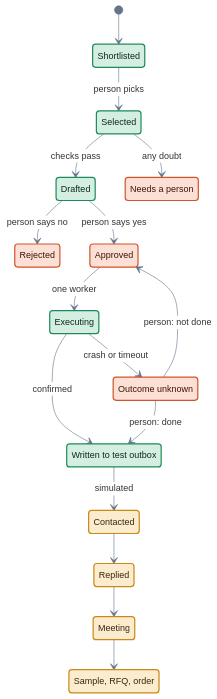
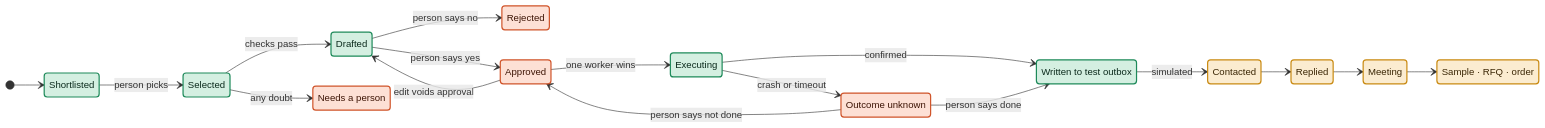
The third of 4 diagrams in README.md (DityaSen29/tradescout), drawn with Mermaid before and after one commit. The commit also changed other lines of this file, not shown here.

First line of the commit message:
Restructure README and redraw architecture diagrams

````diff
--- a/README.md
+++ b/README.md
@@ -415,39 +236,39 @@
 ```mermaid
-%%{init: {"theme":"base","themeVariables":{"fontSize":"15px","lineColor":"#64748b","edgeLabelBackground":"#ffffff"}}}%%
 stateDiagram-v2
-  direction TB
+  direction LR
   state "Shortlisted" as shortlisted
   state "Selected" as selected
   state "Drafted" as drafted
   state "Rejected" as rejected
-  state "Executing" as executing
-  state "Replied" as replied
   state "Needs a person" as review
   state "Approved" as approved
+  state "Executing" as executing
   state "Outcome unknown" as unknown
   state "Written to test outbox" as done
   state "Contacted" as contacted
+  state "Replied" as replied
   state "Meeting" as meeting
-  state "Sample, RFQ, order" as order
+  state "Sample · RFQ · order" as order
   [*] --> shortlisted
   shortlisted --> selected: person picks
   selected --> drafted: checks pass
   selected --> review: any doubt
   drafted --> rejected: person says no
   drafted --> approved: person says yes
-  approved --> executing: one worker
+  approved --> drafted: edit voids approval
+  approved --> executing: one worker wins
   executing --> done: confirmed
   executing --> unknown: crash or timeout
-  unknown --> approved: person: not done
-  unknown --> done: person: done
+  unknown --> approved: person says not done
+  unknown --> done: person says done
   done --> contacted: simulated
   contacted --> replied
   replied --> meeting
   meeting --> order
   classDef now fill:#d4efe1,stroke:#1e8a5a,stroke-width:2px,color:#0b2a1c
   classDef gate fill:#fde0d5,stroke:#d0542a,stroke-width:2px,color:#3d1405
   classDef next fill:#fbecd0,stroke:#c98a12,stroke-width:2px,color:#3a2604
   class shortlisted,selected,drafted,executing,done now
   class approved,rejected,review,unknown gate
   class contacted,replied,meeting,order next
 ```
````
